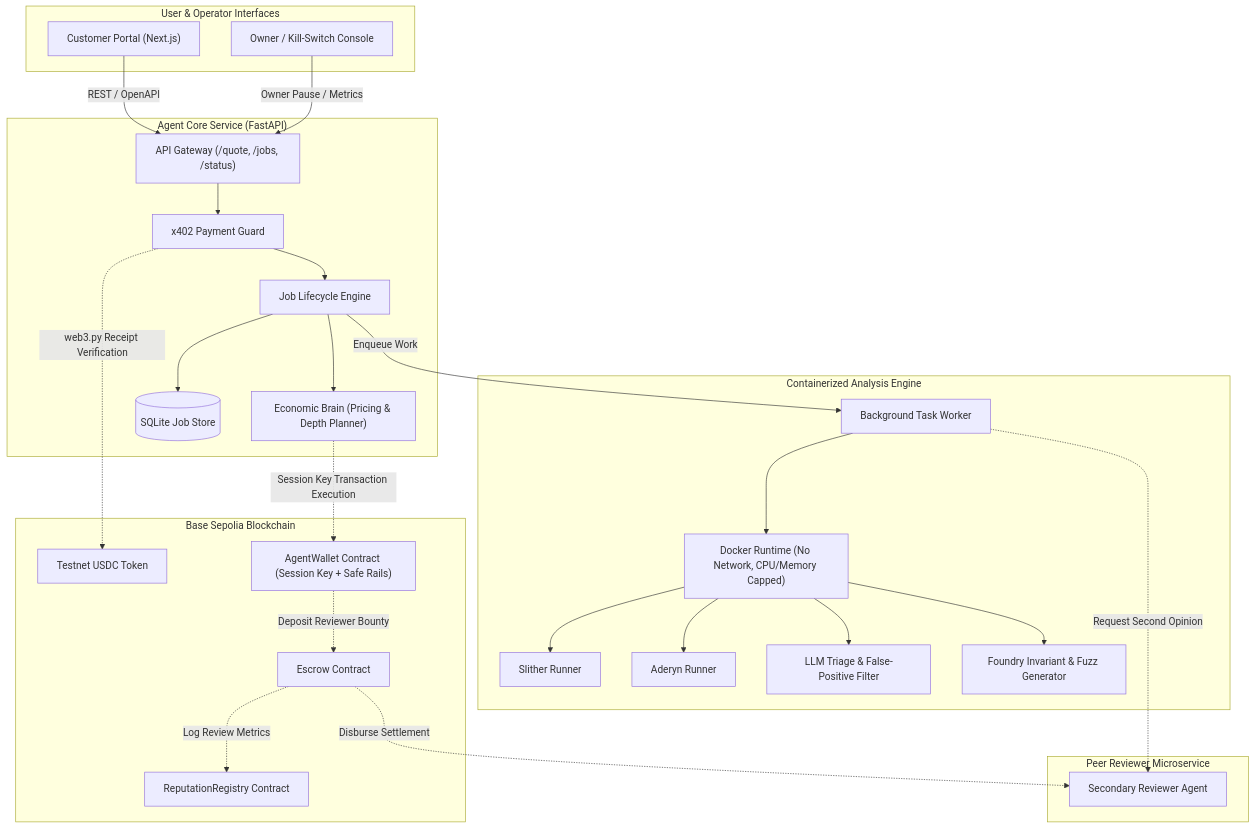
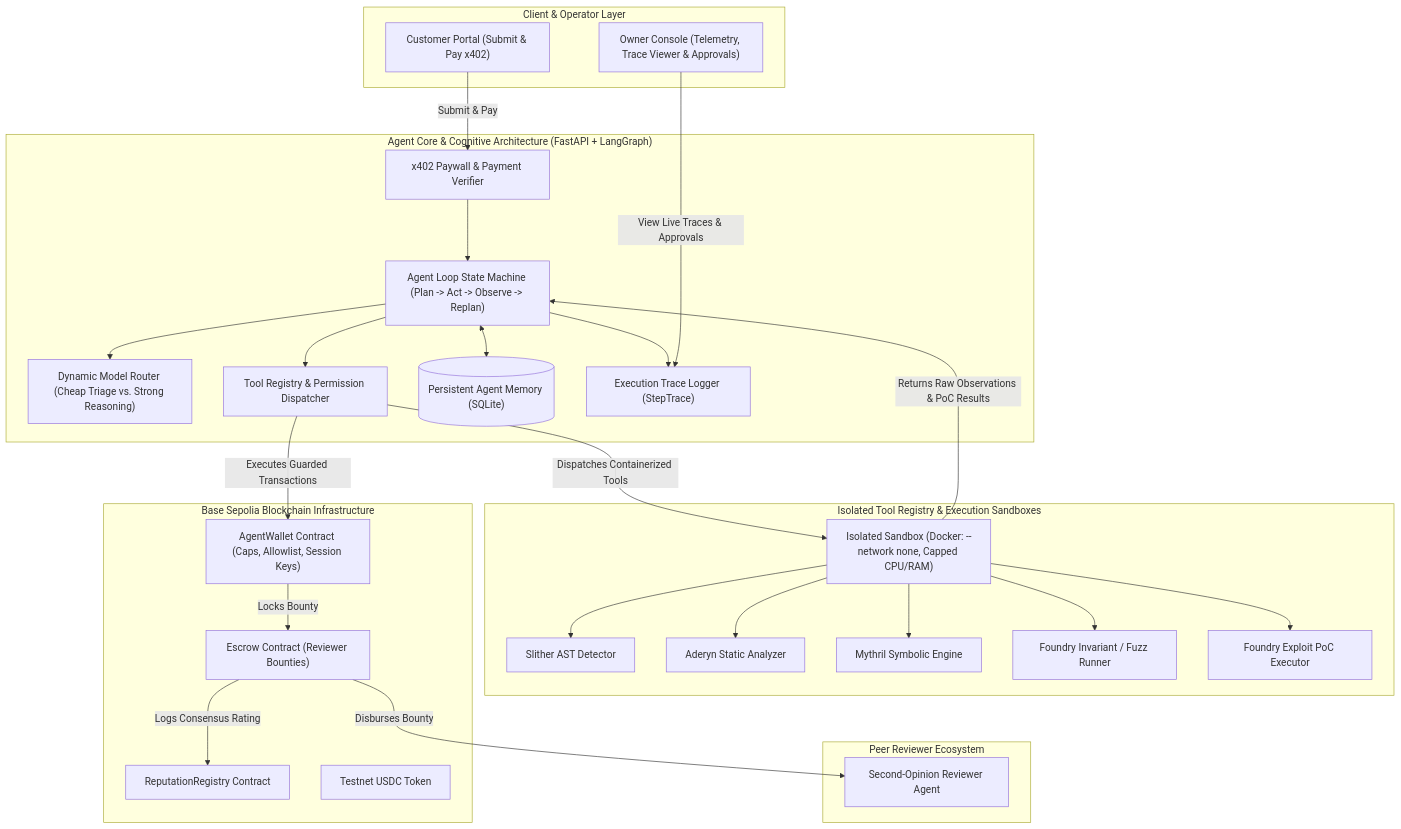
One commit to hrishitashenvi144/aiagent_ownwallet changed the first of 2 diagrams in docs/ARCHITECTURE.md. Above: the diagram before and after it, drawn with Mermaid. The commit also changed other lines of this file and 18 other files, not shown here.

Commit message:
feat(agent): upgrade to industry-standard cognitive agentic loop with tool registry, verification, memory, and observability

````diff
--- a/docs/ARCHITECTURE.md
+++ b/docs/ARCHITECTURE.md
@@ -7,56 +7,57 @@
 ```mermaid
 flowchart TB
-    subgraph Frontend["User & Operator Interfaces"]
-        CustomerUI["Customer Portal (Next.js)"]
-        OwnerUI["Owner / Kill-Switch Console"]
+    subgraph ClientAndUI["Client & Operator Layer"]
+        CustomerUI["Customer Portal (Submit & Pay x402)"]
+        OwnerUI["Owner Console (Telemetry, Trace Viewer & Approvals)"]
     end
 
-    subgraph Gateway["Agent Core Service (FastAPI)"]
-        Router["API Gateway (/quote, /jobs, /status)"]
-        Paywall["x402 Payment Guard"]
-        EconBrain["Economic Brain (Pricing & Depth Planner)"]
-        JobManager["Job Lifecycle Engine"]
-        DB[(SQLite Job Store)]
+    subgraph AgentCoreService["Agent Core & Cognitive Architecture (FastAPI + LangGraph)"]
+        Paywall["x402 Paywall & Payment Verifier"]
+        StateEngine["Agent Loop State Machine (Plan -> Act -> Observe -> Replan)"]
+        ModelRouter["Dynamic Model Router (Cheap Triage vs. Strong Reasoning)"]
+        ToolDispatcher["Tool Registry & Permission Dispatcher"]
+        AgentMemory[("Persistent Agent Memory (SQLite)")]
+        TraceLogger["Execution Trace Logger (StepTrace)"]
 
-        Router --> Paywall
-        Paywall --> JobManager
-        JobManager --> EconBrain
-        JobManager --> DB
+        Paywall --> StateEngine
+        StateEngine <--> AgentMemory
+        StateEngine --> ModelRouter
+        StateEngine --> ToolDispatcher
+        StateEngine --> TraceLogger
     end
 
-    subgraph Blockchain["Base Sepolia Blockchain"]
-        USDC["Testnet USDC Token"]
-        AgentWallet["AgentWallet Contract (Session Key + Safe Rails)"]
-        Escrow["Escrow Contract"]
-        Reputation["ReputationRegistry Contract"]
+    subgraph SandboxedToolLayer["Isolated Tool Registry & Execution Sandboxes"]
+        DockerSandbox["Isolated Sandbox (Docker: --network none, Capped CPU/RAM)"]
+        SlitherTool["Slither AST Detector"]
+        AderynTool["Aderyn Static Analyzer"]
+        MythrilTool["Mythril Symbolic Engine"]
+        FoundryFuzz["Foundry Invariant / Fuzz Runner"]
+        PoCRunner["Foundry Exploit PoC Executor"]
+
+        DockerSandbox --> SlitherTool
+        DockerSandbox --> AderynTool
+        DockerSandbox --> MythrilTool
+        DockerSandbox --> FoundryFuzz
+        DockerSandbox --> PoCRunner
     end
 
-    subgraph SandboxedWorker["Containerized Analysis Engine"]
-        WorkerQueue["Background Task Worker"]
-        DockerHost["Docker Runtime (No Network, CPU/Memory Capped)"]
-        SlitherRunner["Slither Runner"]
-        AderynRunner["Aderyn Runner"]
-        LLMFilter["LLM Triage & False-Positive Filter"]
-        FuzzGen["Foundry Invariant & Fuzz Generator"]
-
-        WorkerQueue --> DockerHost
-        DockerHost --> SlitherRunner
-        DockerHost --> AderynRunner
-        DockerHost --> LLMFilter
-        DockerHost --> FuzzGen
+    subgraph OnChainLayer["Base Sepolia Blockchain Infrastructure"]
+        AgentWallet["AgentWallet Contract (Caps, Allowlist, Session Keys)"]
+        Escrow["Escrow Contract (Reviewer Bounties)"]
+        Reputation["ReputationRegistry Contract"]
+        USDC["Testnet USDC Token"]
     end
 
-    subgraph ReviewerSubsystem["Peer Reviewer Microservice"]
-        ReviewerNode["Secondary Reviewer Agent"]
+    subgraph MultiAgentNetwork["Peer Reviewer Ecosystem"]
+        ReviewerNode["Second-Opinion Reviewer Agent"]
     end
 
-    CustomerUI -->|REST / OpenAPI| Router
-    OwnerUI -->|Owner Pause / Metrics| Router
-    Paywall -.->|web3.py Receipt Verification| USDC
-    EconBrain -.->|Session Key Transaction Execution| AgentWallet
-    AgentWallet -.->|Deposit Reviewer Bounty| Escrow
-    Escrow -.->|Disburse Settlement| ReviewerNode
-    Escrow -.->|Log Review Metrics| Reputation
-    JobManager -->|Enqueue Work| WorkerQueue
-    WorkerQueue -.->|Request Second Opinion| ReviewerNode
+    CustomerUI -->|Submit & Pay| Paywall
+    OwnerUI -->|View Live Traces & Approvals| TraceLogger
+    ToolDispatcher -->|Dispatches Containerized Tools| DockerSandbox
+    ToolDispatcher -->|Executes Guarded Transactions| AgentWallet
+    AgentWallet -->|Locks Bounty| Escrow
+    Escrow -->|Disburses Bounty| ReviewerNode
+    Escrow -->|Logs Consensus Rating| Reputation
+    DockerSandbox -->|Returns Raw Observations & PoC Results| StateEngine
 ```
````
